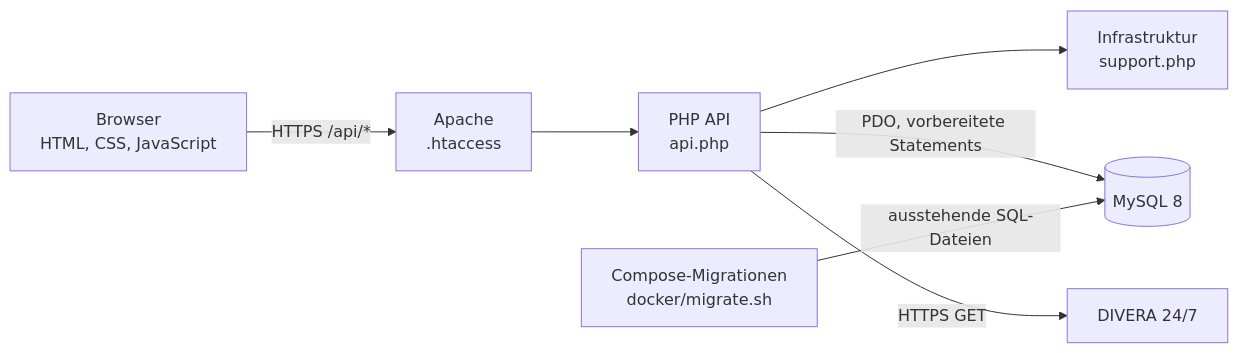
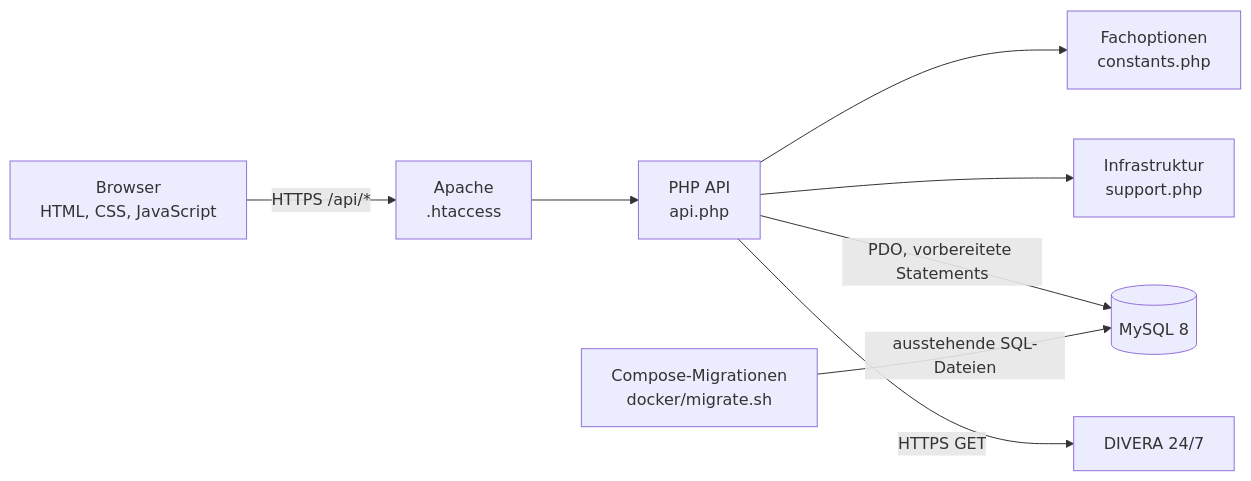
The diagram in docs/ARCHITEKTUR.md (heoelri/ebmanager), drawn with Mermaid before and after one commit. The commit also changed other lines of this file and 13 other files, not shown here.

````diff
--- a/docs/ARCHITEKTUR.md
+++ b/docs/ARCHITEKTUR.md
@@ -12,17 +12,19 @@
 ```mermaid
 flowchart LR
     Browser[Browser<br>HTML, CSS, JavaScript]
     Apache[Apache<br>.htaccess]
     API[PHP API<br>api.php]
+    Constants[Fachoptionen<br>constants.php]
     Support[Infrastruktur<br>support.php]
     Migrate[Compose-Migrationen<br>docker/migrate.sh]
     DB[(MySQL 8)]
     Divera[DIVERA 24/7]
 
     Browser -->|HTTPS /api/*| Apache
     Apache --> API
+    API --> Constants
     API --> Support
     API -->|PDO, vorbereitete Statements| DB
     Migrate -->|ausstehende SQL-Dateien| DB
     API -->|HTTPS GET| Divera
 ```
````
